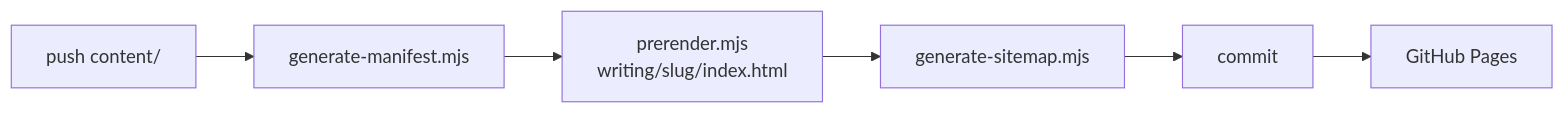
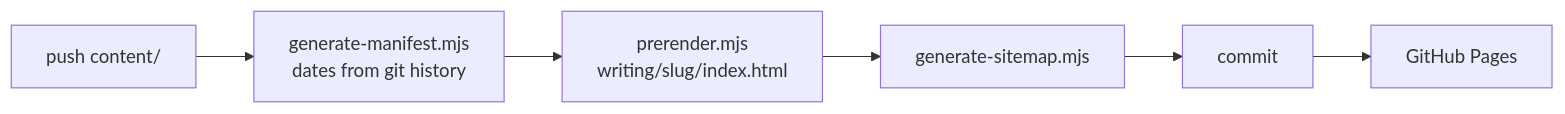
Before and after one commit to jebin2/jebin2.github.io: the diagram in README.md, drawn with Mermaid. The commit also changed other lines of this file, not shown here.

````diff
--- a/README.md
+++ b/README.md
@@ -22,8 +42,8 @@
 ```mermaid
 flowchart LR
-    A[push content/] --> B[generate-manifest.mjs]
+    A[push content/] --> B[generate-manifest.mjs<br/>dates from git history]
     B --> C[prerender.mjs<br/>writing/slug/index.html]
     C --> D[generate-sitemap.mjs]
     D --> E[commit]
     E --> F[GitHub Pages]
 ```
````
